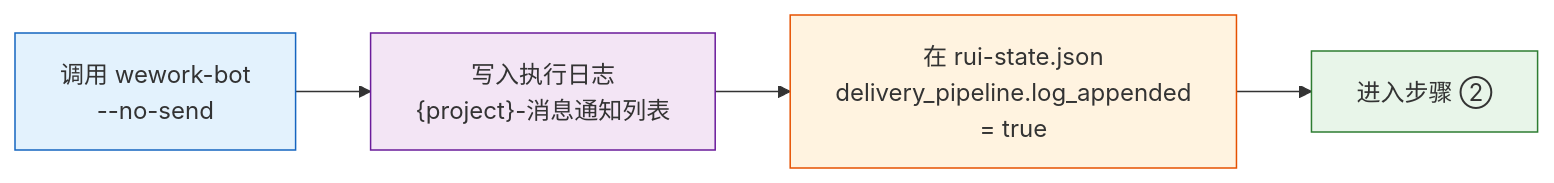
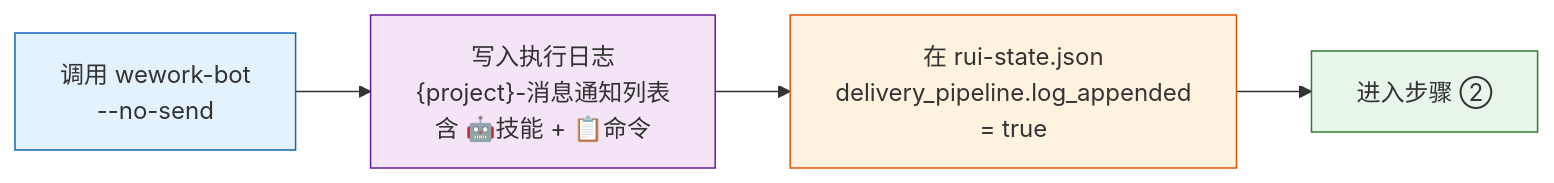
The third of 10 diagrams in rules/delivery-gate.md (effiy/YrY), drawn with Mermaid before and after one commit. The commit also changed other lines of this file and 3 other files, not shown here.

````diff
--- a/rules/delivery-gate.md
+++ b/rules/delivery-gate.md
@@ -85,11 +85,11 @@
 ```mermaid
 flowchart LR
-    CALL["调用 wework-bot<br/>--no-send"]:::step --> LOG["写入执行日志<br/>{project}-消息通知列表"]:::out
+    CALL["调用 wework-bot<br/>--no-send"]:::step --> LOG["写入执行日志<br/>{project}-消息通知列表<br/>含 🤖技能 + 📋命令"]:::out
     LOG --> MARK["在 rui-state.json<br/>delivery_pipeline.log_appended<br/>= true"]:::mark
     MARK --> NEXT["进入步骤 ②"]:::next
 
     classDef step fill:#e3f2fd,stroke:#1565c0;
     classDef out fill:#f3e5f5,stroke:#6a1b9a;
     classDef mark fill:#fff3e0,stroke:#e65100;
     classDef next fill:#e8f5e9,stroke:#2e7d32;
 ```
````
